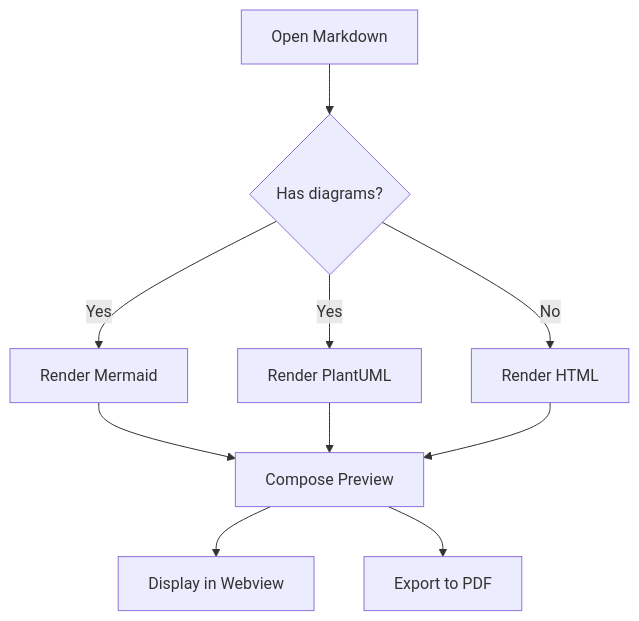
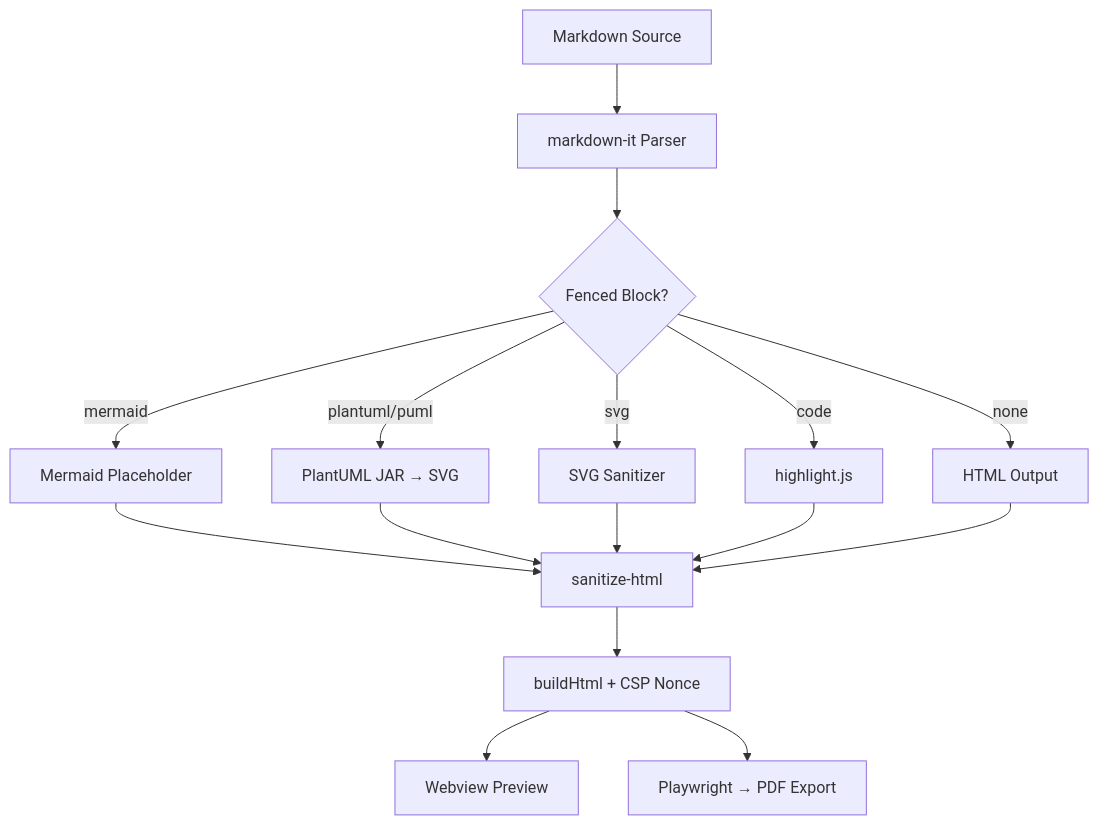
The first of 4 diagrams in examples/demo.md (kino-6/vscode-markdown-studio), drawn with Mermaid before and after one commit. The commit also changed other lines of this file and 5 other files, not shown here.

First line of the commit message:
fix: preserve PlantUML SVG attributes through sanitization pipeline

````diff
--- a/examples/demo.md
+++ b/examples/demo.md
@@ -41,12 +34,18 @@
 ```mermaid
-graph TD
-    A[Open Markdown] --> B{Has diagrams?}
-    B -- Yes --> C[Render Mermaid]
-    B -- Yes --> D[Render PlantUML]
-    B -- No --> E[Render HTML]
-    C --> F[Compose Preview]
-    D --> F
-    E --> F
-    F --> G[Display in Webview]
-    F --> H[Export to PDF]
+flowchart TD
+    A[Markdown Source] --> B[markdown-it Parser]
+    B --> C{Fenced Block?}
+    C -- mermaid --> D[Mermaid Placeholder]
+    C -- plantuml/puml --> E[PlantUML JAR → SVG]
+    C -- svg --> F[SVG Sanitizer]
+    C -- code --> G[highlight.js]
+    C -- none --> H[HTML Output]
+    D --> I[sanitize-html]
+    E --> I
+    F --> I
+    G --> I
+    H --> I
+    I --> J[buildHtml + CSP Nonce]
+    J --> K[Webview Preview]
+    J --> L[Playwright → PDF Export]
 ```
````
